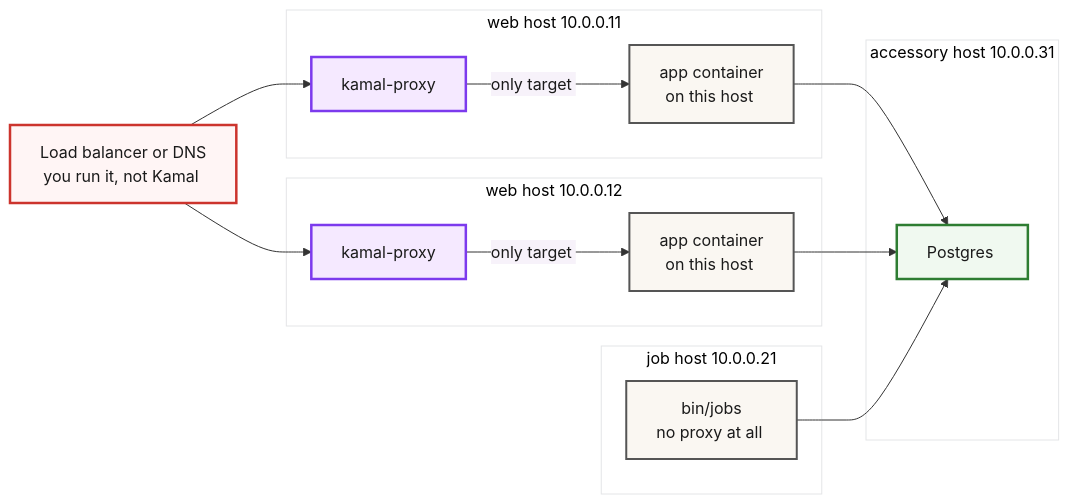
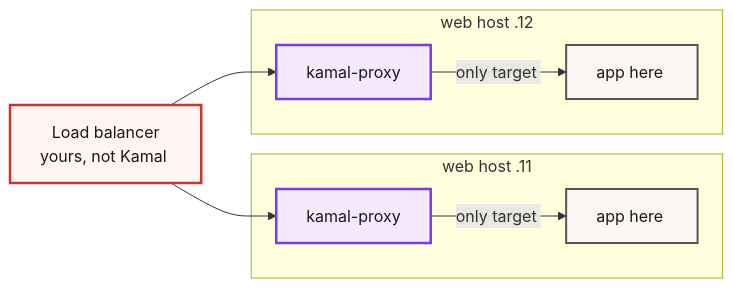
Before and after one commit to jetthoughts/jetthoughts.github.io: the diagram in content/blog/kamal-2-multi-server-deployment-complete-guide/index.md, drawn with Mermaid. The commit also changed other lines of this file and 1 other file, not shown here.

````diff
--- a/content/blog/kamal-2-multi-server-deployment-complete-guide/index.md
+++ b/content/blog/kamal-2-multi-server-deployment-complete-guide/index.md
@@ -44,37 +46,23 @@
 ```mermaid
-%%{init: {'theme':'base', 'themeVariables': {'fontFamily':'Caveat, Patrick Hand, Comic Sans MS, cursive', 'primaryColor':'#faf7f2', 'primaryBorderColor':'#555', 'lineColor':'#333', 'primaryTextColor':'#1a1a1a'}}}%%
 flowchart LR
-    LB["Load balancer or DNS<br/>you run it, not Kamal&nbsp;"]
+    LB["Load balancer<br/>yours, not Kamal&nbsp;"]
 
-    subgraph W1["web host 10.0.0.11"]
-        P1["kamal-proxy"] -->|"only target&nbsp;"| A1["app container<br/>on this host&nbsp;"]
+    subgraph W1["web host .11"]
+        P1["kamal-proxy"] -->|"only target&nbsp;"| A1["app here&nbsp;"]
     end
 
-    subgraph W2["web host 10.0.0.12"]
-        P2["kamal-proxy"] -->|"only target&nbsp;"| A2["app container<br/>on this host&nbsp;"]
-    end
-
-    subgraph JH["job host 10.0.0.21"]
-        J["bin/jobs<br/>no proxy at all&nbsp;"]
-    end
-
-    subgraph DH["accessory host 10.0.0.31"]
-        DB["Postgres&nbsp;"]
+    subgraph W2["web host .12"]
+        P2["kamal-proxy"] -->|"only target&nbsp;"| A2["app here&nbsp;"]
     end
 
     LB --> P1
     LB --> P2
-    A1 --> DB
-    A2 --> DB
-    J --> DB
 
     classDef yours fill:#fff5f5,stroke:#cc342d,stroke-width:2.5px,color:#1a1a1a
     classDef proxy fill:#f5e9ff,stroke:#7c3aed,stroke-width:2.5px,color:#1a1a1a
     classDef app fill:#faf7f2,stroke:#555,stroke-width:2px,color:#1a1a1a
-    classDef store fill:#f0f9f0,stroke:#2e7d32,stroke-width:2.5px,color:#1a1a1a
 
     class LB yours
     class P1,P2 proxy
-    class A1,A2,J app
-    class DB store
+    class A1,A2 app
 ```
````
